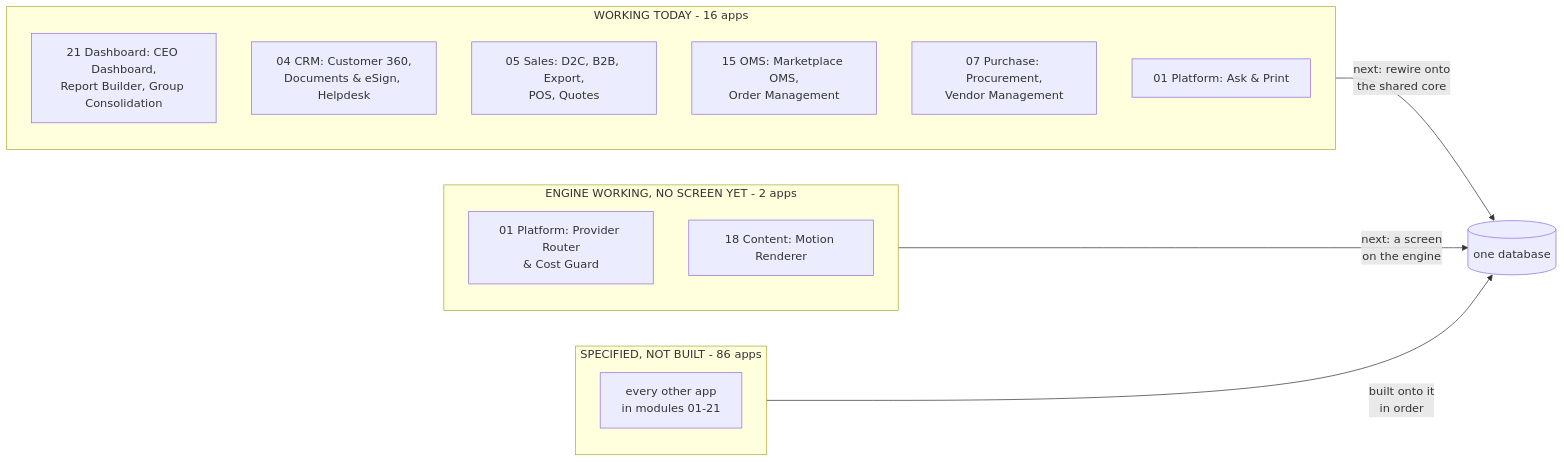
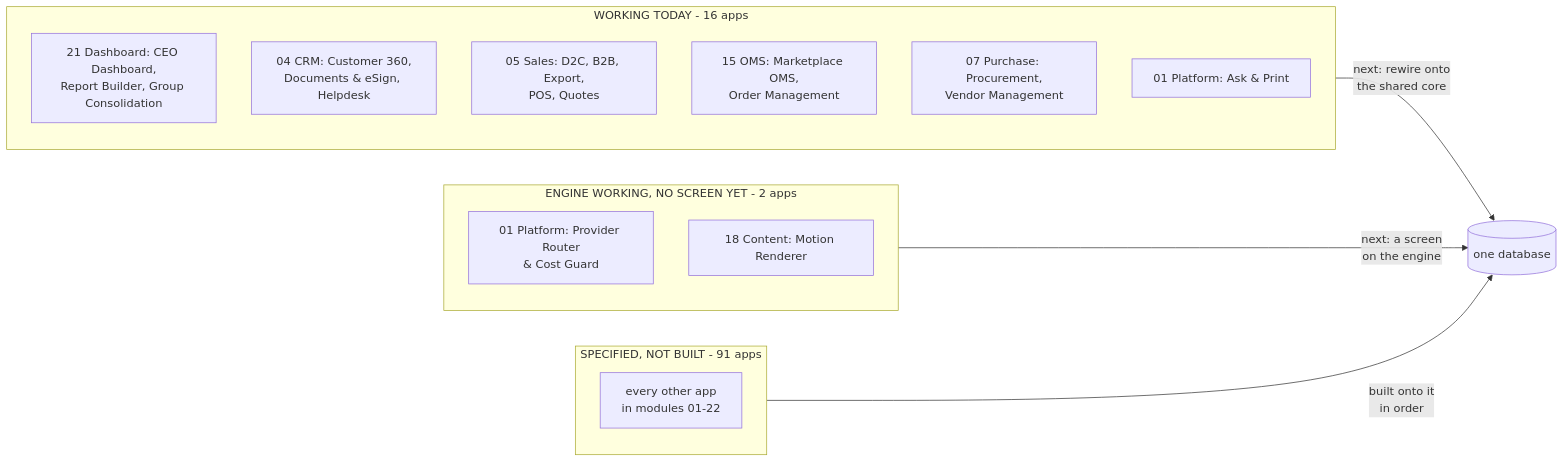
Before and after one commit to vastrangam/AI_Content_Engine: diagram 14 of 38 in Vastrangam_BOS_Final.md, drawn with Mermaid. The commit also changed other lines of this file and 21 other files, not shown here.

````diff
--- a/Vastrangam_BOS_Final.md
+++ b/Vastrangam_BOS_Final.md
@@ -1154,21 +1179,21 @@
 ```mermaid
 flowchart LR
   subgraph BUILT["WORKING TODAY - 16 apps"]
     B1["21 Dashboard: CEO Dashboard,<br/>Report Builder, Group Consolidation"]
     B2["04 CRM: Customer 360,<br/>Documents & eSign, Helpdesk"]
     B3["05 Sales: D2C, B2B, Export,<br/>POS, Quotes"]
     B4["15 OMS: Marketplace OMS,<br/>Order Management"]
     B5["07 Purchase: Procurement,<br/>Vendor Management"]
     B6["01 Platform: Ask & Print"]
   end
   subgraph ENG["ENGINE WORKING, NO SCREEN YET - 2 apps"]
     E1["01 Platform: Provider Router<br/>& Cost Guard"]
     E2["18 Content: Motion Renderer"]
   end
-  subgraph SPEC["SPECIFIED, NOT BUILT - 86 apps"]
-    S1["every other app<br/>in modules 01-21"]
+  subgraph SPEC["SPECIFIED, NOT BUILT - 91 apps"]
+    S1["every other app<br/>in modules 01-22"]
   end
   BUILT -->|"next: rewire onto<br/>the shared core"| CORE[("one database")]
   ENG -->|"next: a screen<br/>on the engine"| CORE
   SPEC -->|"built onto it<br/>in order"| CORE
 ```
````
